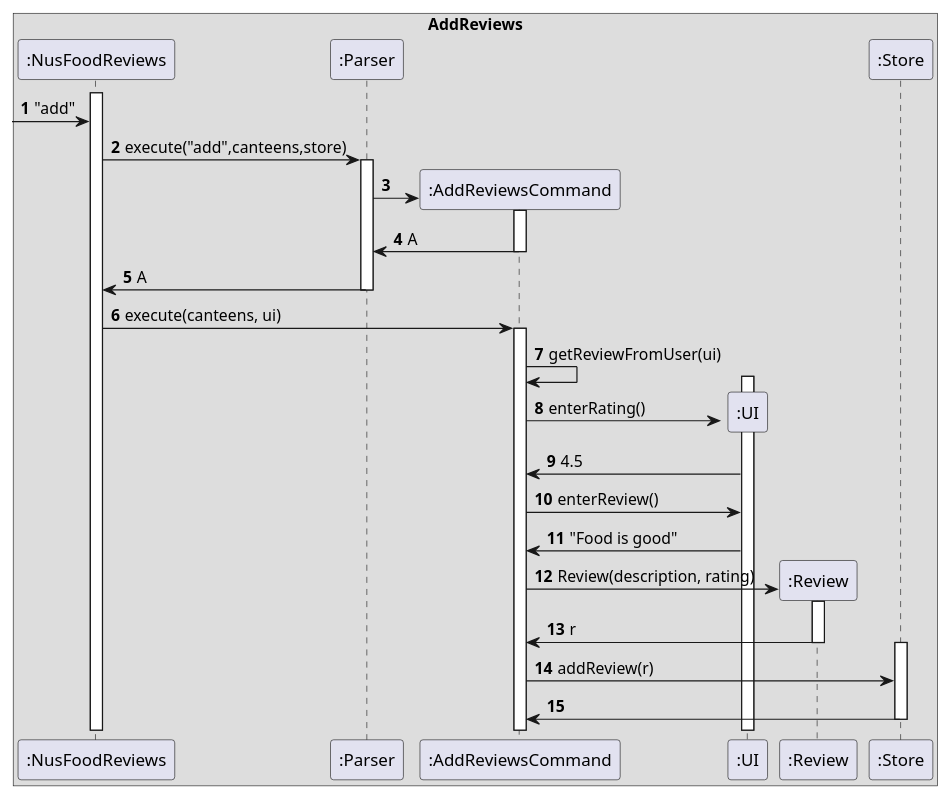
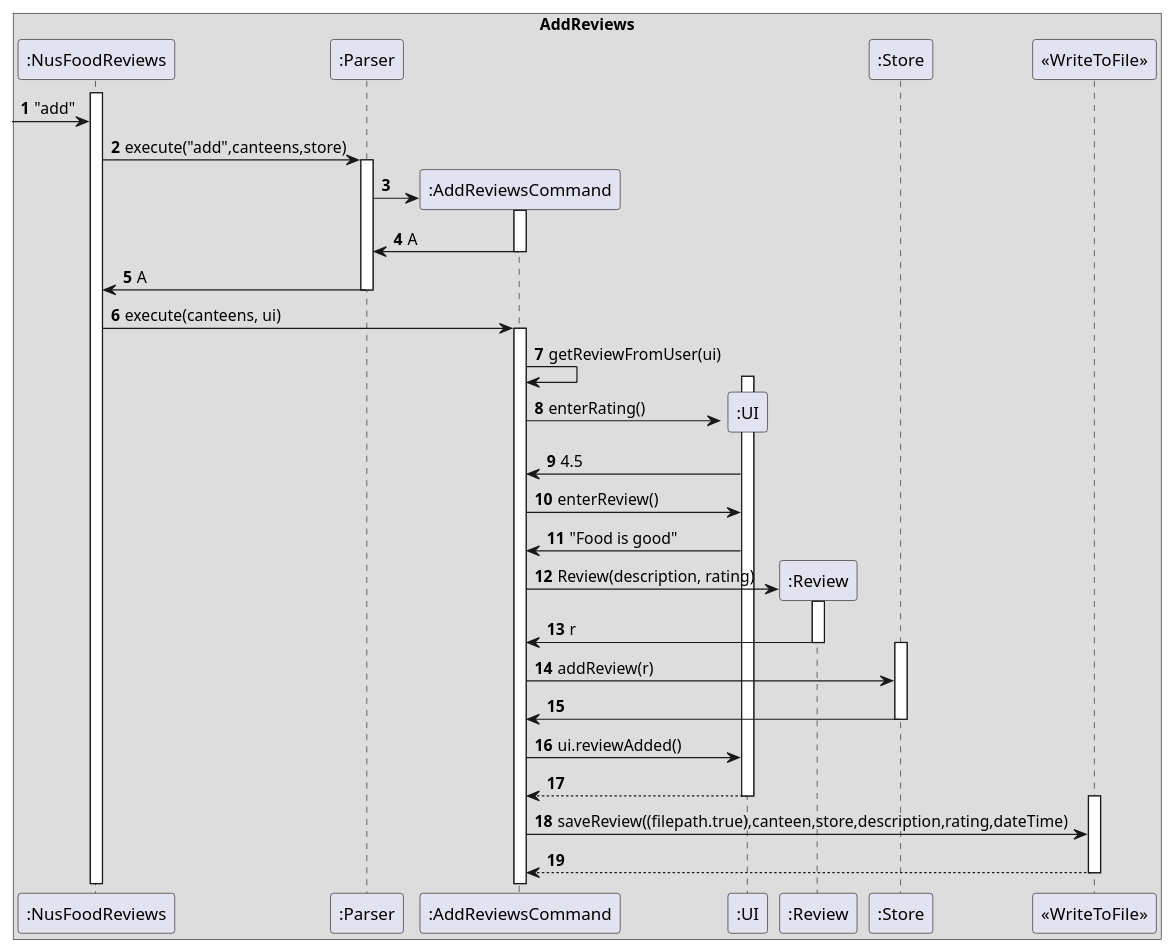
One commit to nus-cs2113-AY2021S2/tp changed the diagram in docs/PlantUML/AddReview.puml. Above: the diagram before and after it, drawn with PlantUML.

Commit message:
improved add review

```diff
--- a/docs/PlantUML/AddReview.puml
+++ b/docs/PlantUML/AddReview.puml
@@ -1,88 +1,96 @@
 @startuml
 'https://plantuml.com/sequence-diagram
 
 autonumber
 box AddReviews
 
 activate ":NusFoodReviews"
 -> ":NusFoodReviews" : "add"
 
 ":NusFoodReviews"-> ":Parser": execute("add",canteens,store)
 activate ":Parser"
 create ":AddReviewsCommand"
 ":Parser" -> ":AddReviewsCommand"
 activate ":AddReviewsCommand"
 ":AddReviewsCommand" -> ":Parser" : A
 deactivate ":AddReviewsCommand"
 ":Parser" -> ":NusFoodReviews": A
 deactivate ":Parser"
 ":NusFoodReviews" -> ":AddReviewsCommand" : execute(canteens, ui)
 activate ":AddReviewsCommand"
 ":AddReviewsCommand" -> ":AddReviewsCommand" : getReviewFromUser(ui)
 create ":UI"
 activate ":UI"
 ":AddReviewsCommand" -> ":UI": enterRating()
 ":UI" -> ":AddReviewsCommand": 4.5
 ":AddReviewsCommand" -> ":UI": enterReview()
 ":UI" -> ":AddReviewsCommand": "Food is good"
 create ":Review"
 ":AddReviewsCommand" -> ":Review" : Review(description, rating)
 activate ":Review"
 ":Review" -> ":AddReviewsCommand" : r
 deactivate ":Review"
 activate ":Store"
 ":AddReviewsCommand" -> ":Store" : addReview(r)
 ":Store" -> ":AddReviewsCommand"
 deactivate ":Store"
+":AddReviewsCommand" -> ":UI" : ui.reviewAdded()
+":UI" --> ":AddReviewsCommand"
+deactivate ":UI"
+activate "<<WriteToFile>>"
+":AddReviewsCommand" -> "<<WriteToFile>>" : saveReview((filepath.true),canteen,store,description,rating,dateTime)
+"<<WriteToFile>>" --> ":AddReviewsCommand"
+deactivate "<<WriteToFile>>"
+
 '->":AddReviewsCommand": execute(canteens,ui)
 'activate ":AddReviewsCommand"
 'alt canteens.size()>0
 '    activate ":Store"
 '    ":Store"-->":AddReviewsCommand":store
 '    deactivate ":Store"
 '    ":AddReviewsCommand"->":Store":getReviews()
 '    activate ":Store"
 '    ":Store"-->":AddReviewsCommand":reviews
 '    deactivate ":Store"
 '    ":AddReviewsCommand"->":Store":getAverageRating()
 '    activate ":Store"
 '    ":Store"-->":AddReviewsCommand":averageRating
 '    deactivate ":Store"
 '    ":AddReviewsCommand"->":Store":getStoreName()
 '    activate ":Store"
 '    ":Store"-->":AddReviewsCommand":storeName
 '    deactivate ":Store"
 '    ":AddReviewsCommand"->":Ui":showReviews(storeName, reviews,averageRating)
 '    activate ":Ui"
 '    ":Ui"-->":AddReviewsCommand"
 '    deactivate ":Ui"
 '    ":AddReviewsCommand"->":Ui":showDeleteReview()
 '    activate ":Ui"
 '    ":Ui"-->":DeleteReviewsCommand"
 '    deactivate ":Ui"
 '    ":DeleteReviewsCommand"->":Ui":readCommand()
 '    activate ":Ui"
 '    ":Ui"-->":DeleteReviewsCommand":line
 '    deactivate ":Ui"
 '    alt line.equals("cancel")
 '    ":DeleteReviewsCommand"->":Ui":showReviewNotDeleted
 '    activate ":Ui"
 '    ":Ui"-->":DeleteReviewsCommand"
 '    deactivate ":Ui"
 '    end
 '    ":DeleteReviewsCommand"->":Store":deleteReview(reviewIndex)
 '    activate ":Store"
 '    ":Store"-->":DeleteReviewsCommand"
 '    deactivate ":Store"
 '    ":DeleteReviewsCommand"->":Ui":reviewDeleted()
 '    activate ":Ui"
 '    ":Ui"-->":DeleteReviewsCommand"
 '    deactivate ":Ui"
 '    ":DeleteReviewsCommand"->":Storage":save()
 '    activate ":Storage"
 '    ":Storage"-->":DeleteReviewsCommand"
 '    deactivate ":Storage"
 '    <--":DeleteReviewsCommand"
 'end
 'deactivate ":DeleteReviewsCommand"
 @enduml
```
